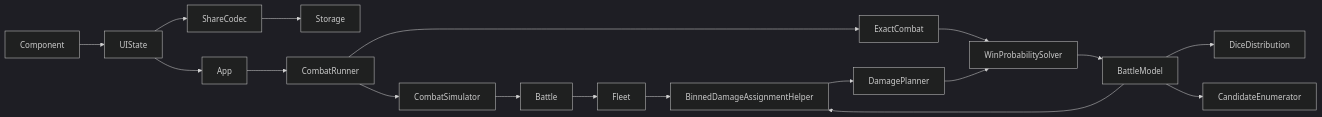
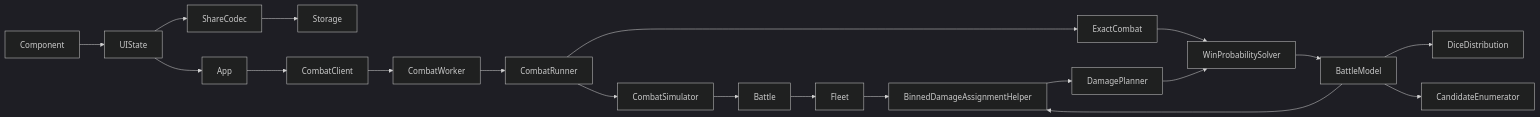
The diagram in docs/architecture.md (fivethirty/luminary), drawn with Mermaid (dark theme) before and after one commit. The commit also changed other lines of this file and 25 other files, not shown here.

First line of the commit message:
Add combat worker thread / homebrew parts (#32)

````diff
--- a/docs/architecture.md
+++ b/docs/architecture.md
@@ -15,22 +15,24 @@
 ```mermaid
 flowchart LR
   Component --> UIState
   UIState --> App
   UIState --> ShareCodec
   ShareCodec --> Storage
 
-  App --> CombatRunner
+  App --> CombatClient
+  CombatClient --> CombatWorker
+  CombatWorker --> CombatRunner
   CombatRunner --> CombatSimulator
   CombatRunner --> ExactCombat
   CombatSimulator --> Battle
   Battle --> Fleet
   Fleet --> AssignmentHelper[BinnedDamageAssignmentHelper]
   AssignmentHelper --> DamagePlanner
 
   ExactCombat --> Solver[WinProbabilitySolver]
   DamagePlanner --> Solver
   Solver --> BattleModel
   BattleModel --> DiceDistribution
   BattleModel --> CandidateEnumerator
   BattleModel --> AssignmentHelper
 ```
````
